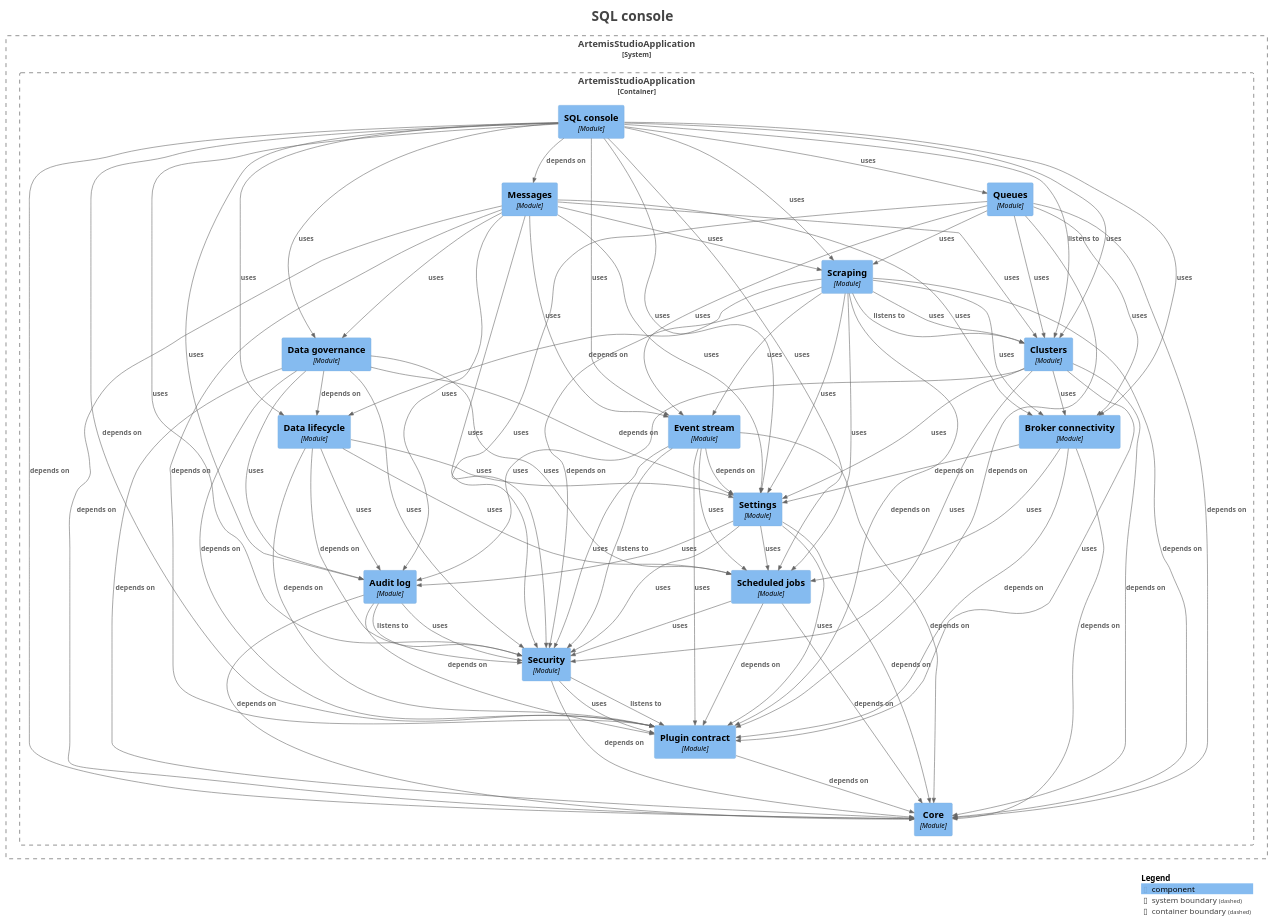
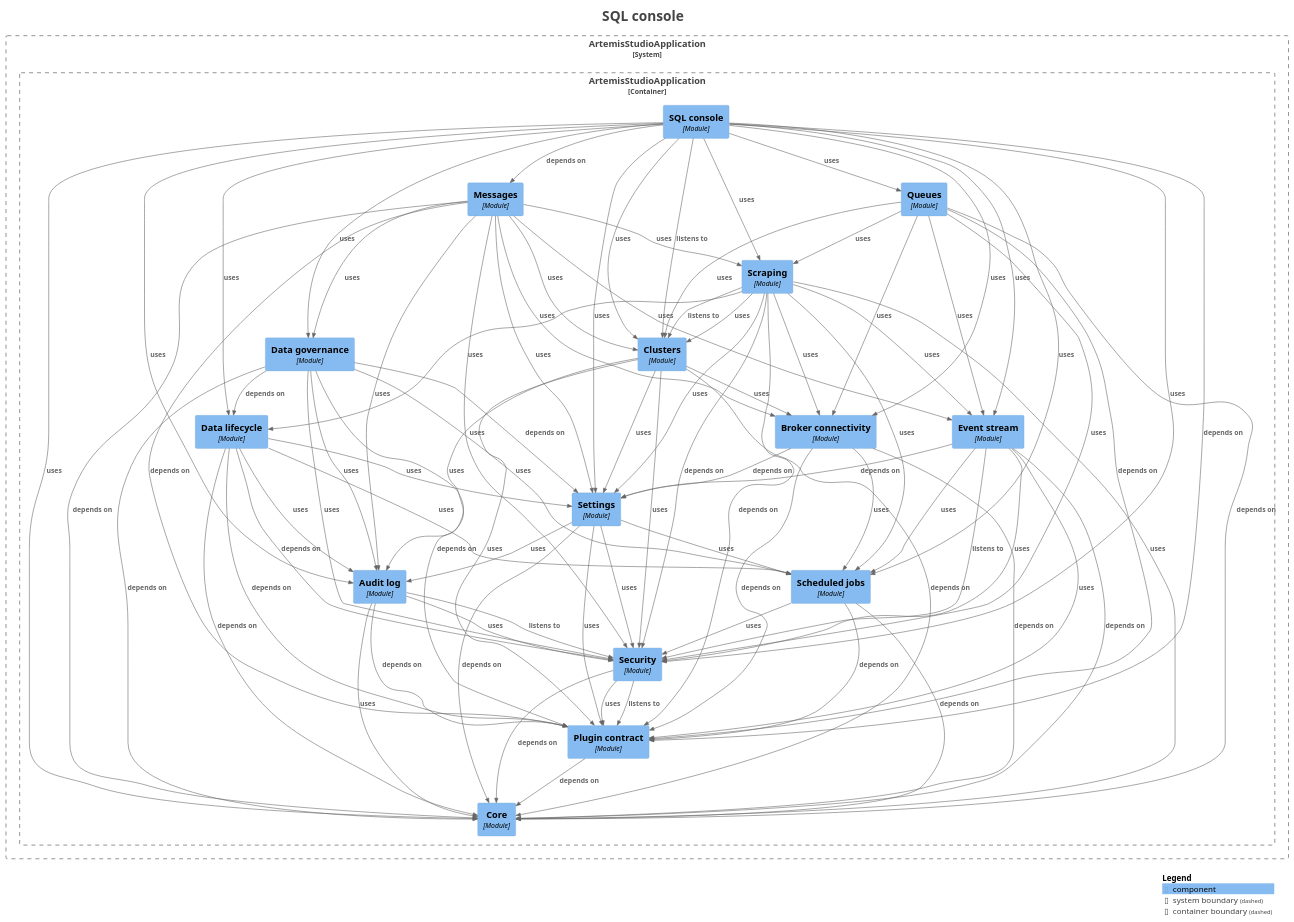
The diagram in docs/modules/module-feature.sql.puml (sudoitir/artemis-studio), drawn with PlantUML before and after one commit. The commit also changed 90 other files, not shown here.

```diff
--- a/docs/modules/module-feature.sql.puml
+++ b/docs/modules/module-feature.sql.puml
@@ -36,7 +36,7 @@
 
 }
 
-Rel(ArtemisStudioApplication.ArtemisStudioApplication.Auditlog, ArtemisStudioApplication.ArtemisStudioApplication.Core, "depends on", $techn="", $tags="", $link="")
+Rel(ArtemisStudioApplication.ArtemisStudioApplication.Auditlog, ArtemisStudioApplication.ArtemisStudioApplication.Core, "uses", $techn="", $tags="", $link="")
 Rel(ArtemisStudioApplication.ArtemisStudioApplication.Auditlog, ArtemisStudioApplication.ArtemisStudioApplication.Plugincontract, "depends on", $techn="", $tags="", $link="")
 Rel(ArtemisStudioApplication.ArtemisStudioApplication.Auditlog, ArtemisStudioApplication.ArtemisStudioApplication.Security, "listens to", $techn="", $tags="", $link="")
 Rel(ArtemisStudioApplication.ArtemisStudioApplication.Auditlog, ArtemisStudioApplication.ArtemisStudioApplication.Security, "uses", $techn="", $tags="", $link="")
@@ -58,6 +58,7 @@
 Rel(ArtemisStudioApplication.ArtemisStudioApplication.Datagovernance, ArtemisStudioApplication.ArtemisStudioApplication.Security, "uses", $techn="", $tags="", $link="")
 Rel(ArtemisStudioApplication.ArtemisStudioApplication.Datagovernance, ArtemisStudioApplication.ArtemisStudioApplication.Settings, "depends on", $techn="", $tags="", $link="")
 Rel(ArtemisStudioApplication.ArtemisStudioApplication.Datalifecycle, ArtemisStudioApplication.ArtemisStudioApplication.Auditlog, "uses", $techn="", $tags="", $link="")
+Rel(ArtemisStudioApplication.ArtemisStudioApplication.Datalifecycle, ArtemisStudioApplication.ArtemisStudioApplication.Core, "depends on", $techn="", $tags="", $link="")
 Rel(ArtemisStudioApplication.ArtemisStudioApplication.Datalifecycle, ArtemisStudioApplication.ArtemisStudioApplication.Plugincontract, "depends on", $techn="", $tags="", $link="")
 Rel(ArtemisStudioApplication.ArtemisStudioApplication.Datalifecycle, ArtemisStudioApplication.ArtemisStudioApplication.Scheduledjobs, "uses", $techn="", $tags="", $link="")
 Rel(ArtemisStudioApplication.ArtemisStudioApplication.Datalifecycle, ArtemisStudioApplication.ArtemisStudioApplication.Security, "depends on", $techn="", $tags="", $link="")
@@ -90,7 +91,7 @@
 Rel(ArtemisStudioApplication.ArtemisStudioApplication.SQLconsole, ArtemisStudioApplication.ArtemisStudioApplication.Brokerconnectivity, "uses", $techn="", $tags="", $link="")
 Rel(ArtemisStudioApplication.ArtemisStudioApplication.SQLconsole, ArtemisStudioApplication.ArtemisStudioApplication.Clusters, "listens to", $techn="", $tags="", $link="")
 Rel(ArtemisStudioApplication.ArtemisStudioApplication.SQLconsole, ArtemisStudioApplication.ArtemisStudioApplication.Clusters, "uses", $techn="", $tags="", $link="")
-Rel(ArtemisStudioApplication.ArtemisStudioApplication.SQLconsole, ArtemisStudioApplication.ArtemisStudioApplication.Core, "depends on", $techn="", $tags="", $link="")
+Rel(ArtemisStudioApplication.ArtemisStudioApplication.SQLconsole, ArtemisStudioApplication.ArtemisStudioApplication.Core, "uses", $techn="", $tags="", $link="")
 Rel(ArtemisStudioApplication.ArtemisStudioApplication.SQLconsole, ArtemisStudioApplication.ArtemisStudioApplication.Datagovernance, "uses", $techn="", $tags="", $link="")
 Rel(ArtemisStudioApplication.ArtemisStudioApplication.SQLconsole, ArtemisStudioApplication.ArtemisStudioApplication.Datalifecycle, "uses", $techn="", $tags="", $link="")
 Rel(ArtemisStudioApplication.ArtemisStudioApplication.SQLconsole, ArtemisStudioApplication.ArtemisStudioApplication.Eventstream, "uses", $techn="", $tags="", $link="")
@@ -107,8 +108,8 @@
 Rel(ArtemisStudioApplication.ArtemisStudioApplication.Scraping, ArtemisStudioApplication.ArtemisStudioApplication.Brokerconnectivity, "uses", $techn="", $tags="", $link="")
 Rel(ArtemisStudioApplication.ArtemisStudioApplication.Scraping, ArtemisStudioApplication.ArtemisStudioApplication.Clusters, "listens to", $techn="", $tags="", $link="")
 Rel(ArtemisStudioApplication.ArtemisStudioApplication.Scraping, ArtemisStudioApplication.ArtemisStudioApplication.Clusters, "uses", $techn="", $tags="", $link="")
-Rel(ArtemisStudioApplication.ArtemisStudioApplication.Scraping, ArtemisStudioApplication.ArtemisStudioApplication.Core, "depends on", $techn="", $tags="", $link="")
-Rel(ArtemisStudioApplication.ArtemisStudioApplication.Scraping, ArtemisStudioApplication.ArtemisStudioApplication.Datalifecycle, "depends on", $techn="", $tags="", $link="")
+Rel(ArtemisStudioApplication.ArtemisStudioApplication.Scraping, ArtemisStudioApplication.ArtemisStudioApplication.Core, "uses", $techn="", $tags="", $link="")
+Rel(ArtemisStudioApplication.ArtemisStudioApplication.Scraping, ArtemisStudioApplication.ArtemisStudioApplication.Datalifecycle, "uses", $techn="", $tags="", $link="")
 Rel(ArtemisStudioApplication.ArtemisStudioApplication.Scraping, ArtemisStudioApplication.ArtemisStudioApplication.Eventstream, "uses", $techn="", $tags="", $link="")
 Rel(ArtemisStudioApplication.ArtemisStudioApplication.Scraping, ArtemisStudioApplication.ArtemisStudioApplication.Plugincontract, "depends on", $techn="", $tags="", $link="")
 Rel(ArtemisStudioApplication.ArtemisStudioApplication.Scraping, ArtemisStudioApplication.ArtemisStudioApplication.Scheduledjobs, "uses", $techn="", $tags="", $link="")
```
